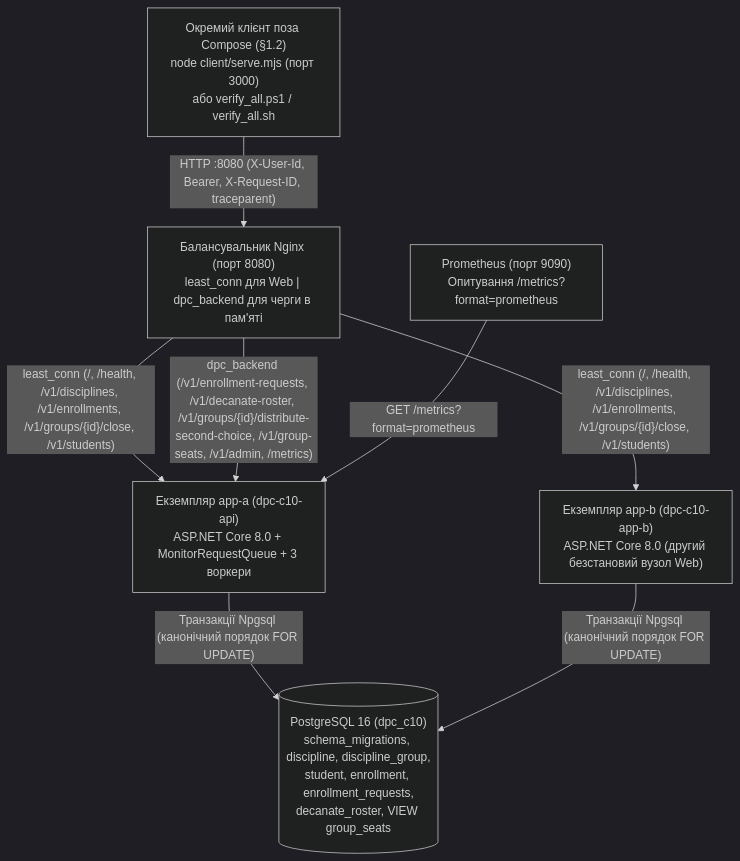
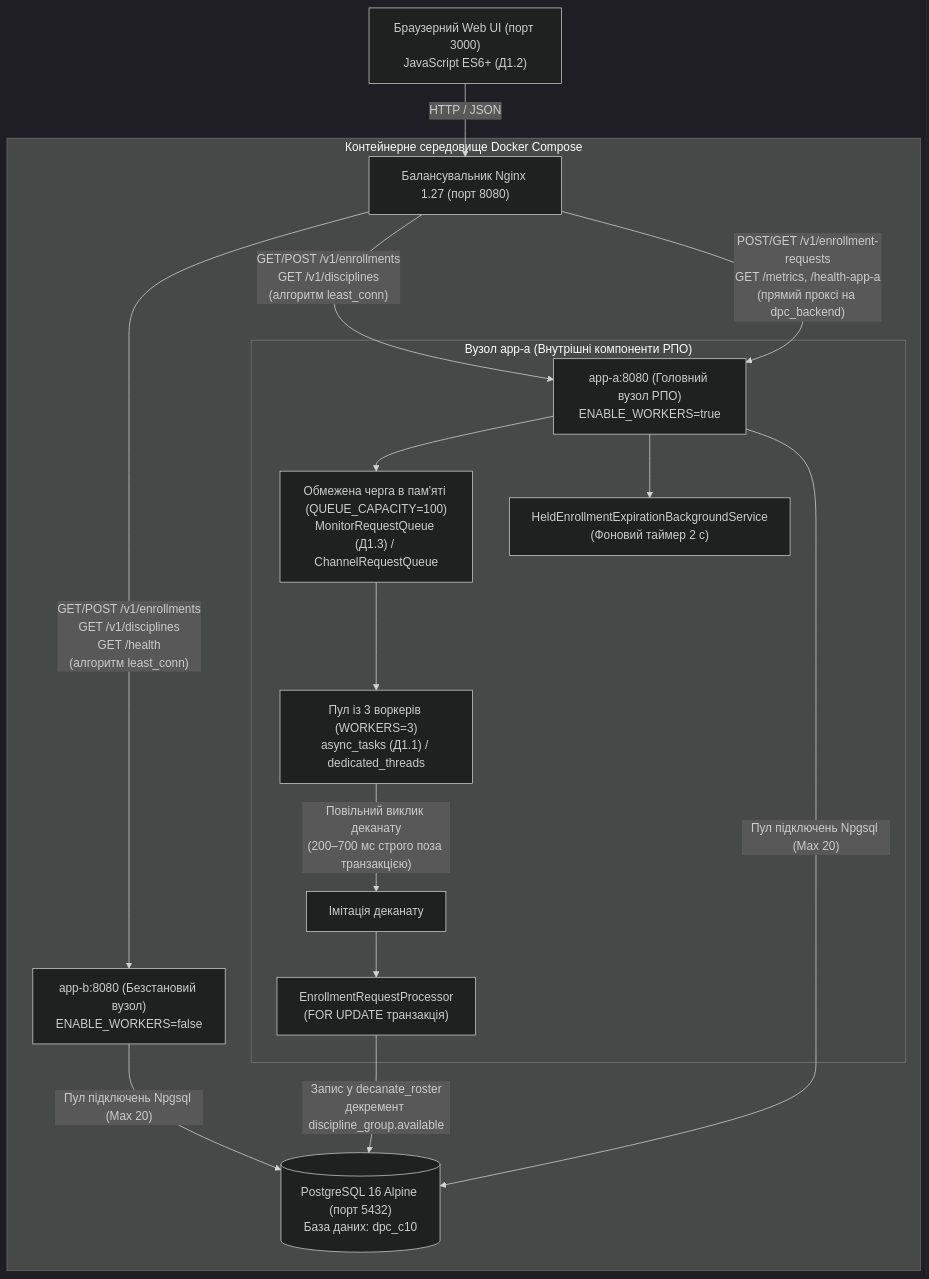
The fourth of 4 diagrams in README.md (AirFlex2/distributed-parallel-computing-and-web-course-c10), drawn with Mermaid (dark theme) before and after one commit. The commit also changed other lines of this file and 59 other files, not shown here.

````diff
--- a/README.md
+++ b/README.md
@@ -99,17 +236,23 @@
 ```mermaid
 flowchart TD
-    StandaloneClient["Окремий клієнт поза Compose (§1.2)\nnode client/serve.mjs (порт 3000)\nабо verify_all.ps1 / verify_all.sh"]
-    Nginx["Балансувальник Nginx (порт 8080)\nleast_conn для Web | dpc_backend для черги в пам'яті"]
-    AppA["Екземпляр app-a (dpc-c10-api)\nASP.NET Core 8.0 + MonitorRequestQueue + 3 воркери"]
-    AppB["Екземпляр app-b (dpc-c10-app-b)\nASP.NET Core 8.0 (другий безстановий вузол Web)"]
-    Postgres[("PostgreSQL 16 (dpc_c10)\nschema_migrations, discipline, discipline_group,\nstudent, enrollment, enrollment_requests,\ndecanate_roster, VIEW group_seats")]
-    Prom["Prometheus (порт 9090)\nОпитування /metrics?format=prometheus"]
+    Client["Браузерний Web UI (порт 3000)<br>JavaScript ES6+ (Д1.2)"] -->|HTTP / JSON| Nginx["Балансувальник Nginx 1.27 (порт 8080)"]
 
-    StandaloneClient -- "HTTP :8080 (X-User-Id, Bearer, X-Request-ID, traceparent)" --> Nginx
-    Nginx -- "least_conn (/, /health, /v1/disciplines, /v1/enrollments, /v1/groups/{id}/close, /v1/students)" --> AppA
-    Nginx -- "least_conn (/, /health, /v1/disciplines, /v1/enrollments, /v1/groups/{id}/close, /v1/students)" --> AppB
-    Nginx -- "dpc_backend (/v1/enrollment-requests, /v1/decanate-roster, /v1/groups/{id}/distribute-second-choice, /v1/group-seats, /v1/admin, /metrics)" --> AppA
-    AppA -- "Транзакції Npgsql (канонічний порядок FOR UPDATE)" --> Postgres
-    AppB -- "Транзакції Npgsql (канонічний порядок FOR UPDATE)" --> Postgres
-    Prom -- "GET /metrics?format=prometheus" --> AppA
+    subgraph Cluster["Контейнерне середовище Docker Compose"]
+        Nginx -->|"GET/POST /v1/enrollments<br>GET /v1/disciplines<br>GET /health<br>(алгоритм least_conn)"| AppB["app-b:8080 (Безстановий вузол)<br>ENABLE_WORKERS=false"]
+        Nginx -->|"GET/POST /v1/enrollments<br>GET /v1/disciplines<br>(алгоритм least_conn)"| AppA["app-a:8080 (Головний вузол РПО)<br>ENABLE_WORKERS=true"]
+        
+        Nginx -->|"POST/GET /v1/enrollment-requests<br>GET /metrics, /health-app-a<br>(прямий проксі на dpc_backend)"| AppA
+
+        subgraph NodeA["Вузол app-a (Внутрішні компоненти РПО)"]
+            AppA --> MemQueue["Обмежена черга в пам'яті (QUEUE_CAPACITY=100)<br>MonitorRequestQueue (Д1.3) / ChannelRequestQueue"]
+            MemQueue --> Workers["Пул із 3 воркерів (WORKERS=3)<br>async_tasks (Д1.1) / dedicated_threads"]
+            Workers -->|"Повільний виклик деканату<br>(200–700 мс строго поза транзакцією)"| SlowCall["Імітація деканату"]
+            SlowCall --> Processor["EnrollmentRequestProcessor<br>(FOR UPDATE транзакція)"]
+            AppA --> ExpService["HeldEnrollmentExpirationBackgroundService<br>(Фоновий таймер 2 с)"]
+        end
+
+        AppA -->|"Пул підключень Npgsql (Max 20)"| Postgres[("PostgreSQL 16 Alpine (порт 5432)<br>База даних: dpc_c10")]
+        AppB -->|"Пул підключень Npgsql (Max 20)"| Postgres
+        Processor -->|"Запис у decanate_roster<br>декремент discipline_group.available"| Postgres
+    end
 ```
````
